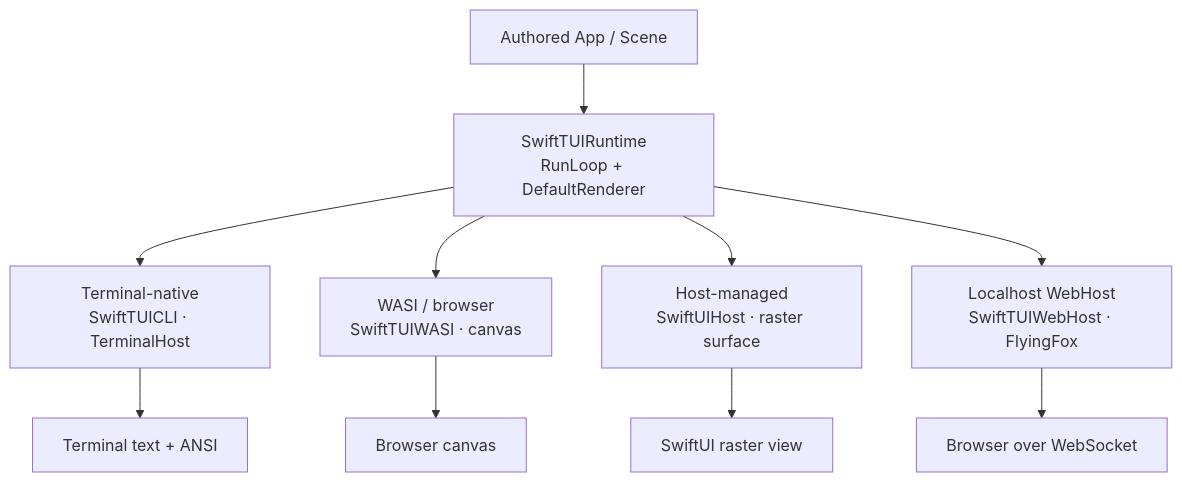
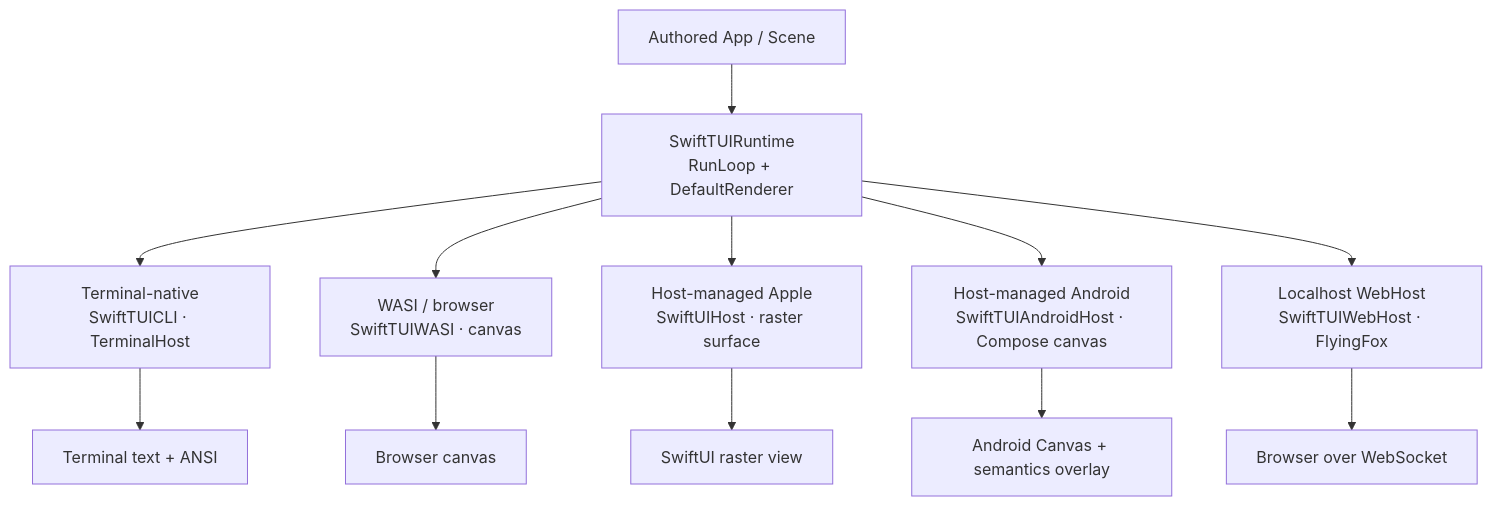
Before and after one commit to SwiftTUI/swift-tui: the first of 3 diagrams in docs/HOSTS-AND-PLATFORMS.md, drawn with Mermaid. The commit also changed other lines of this file and 9 other files, not shown here.

Commit message:
Bring Android host frame closer to native parity

````diff
--- a/docs/HOSTS-AND-PLATFORMS.md
+++ b/docs/HOSTS-AND-PLATFORMS.md
@@ -10,16 +10,18 @@
 ```mermaid
 flowchart TD
     app["Authored App / Scene"]
     runtime["SwiftTUIRuntime<br/>RunLoop + DefaultRenderer"]
     app --> runtime
 
     runtime --> term["Terminal-native<br/>SwiftTUICLI · TerminalHost"]
     runtime --> wasi["WASI / browser<br/>SwiftTUIWASI · canvas"]
-    runtime --> host["Host-managed<br/>SwiftUIHost · raster surface"]
+    runtime --> host["Host-managed Apple<br/>SwiftUIHost · raster surface"]
+    runtime --> androidHost["Host-managed Android<br/>SwiftTUIAndroidHost · Compose canvas"]
     runtime --> web["Localhost WebHost<br/>SwiftTUIWebHost · FlyingFox"]
 
     term --> termOut["Terminal text + ANSI"]
     wasi --> wasiOut["Browser canvas"]
     host --> hostOut["SwiftUI raster view"]
+    androidHost --> androidOut["Android Canvas + semantics overlay"]
     web --> webOut["Browser over WebSocket"]
 ```
````
